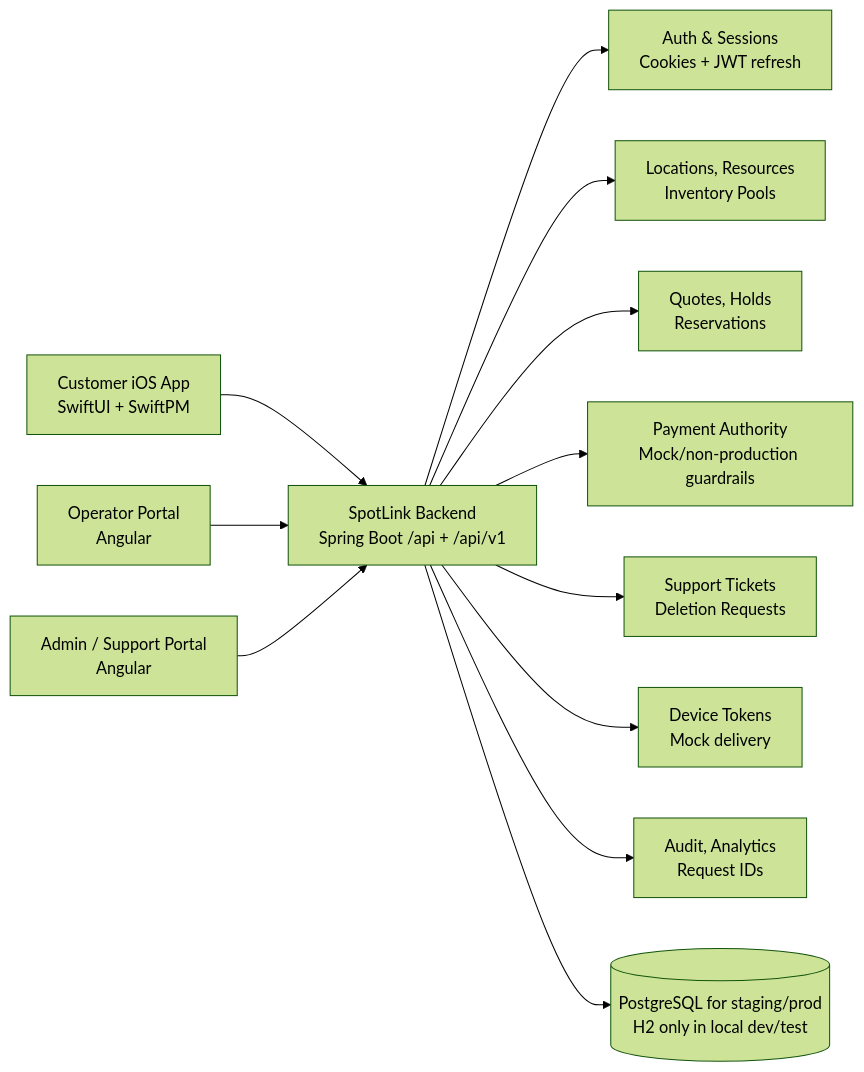
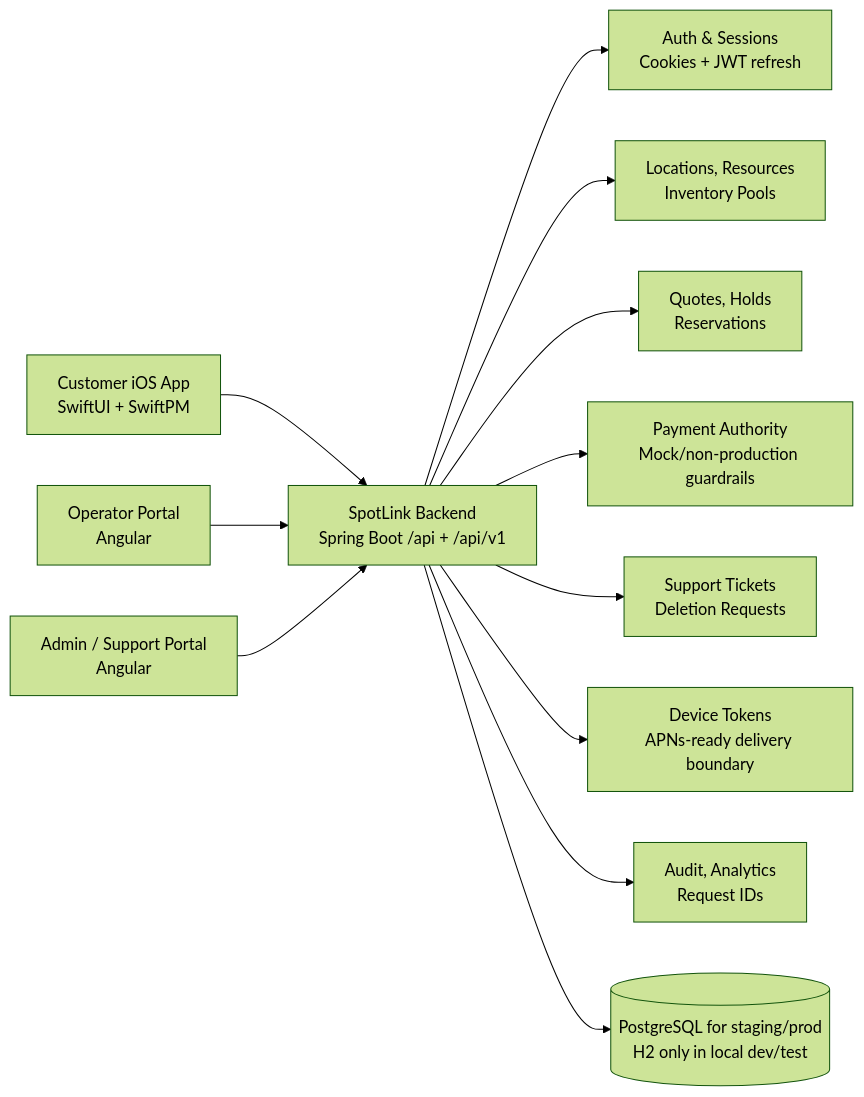
One commit to kljajic-luka/SpotLink changed the diagram in README.md. Above: the diagram before and after it, drawn with Mermaid (forest theme). The commit also changed other lines of this file and 34 other files, not shown here.

Commit message:
feat: add APNs delivery readiness scaffold

````diff
--- a/README.md
+++ b/README.md
@@ -48,15 +48,15 @@
 ```mermaid
 flowchart LR
     Customer["Customer iOS App<br/>SwiftUI + SwiftPM"] --> API["SpotLink Backend<br/>Spring Boot /api + /api/v1"]
     Operator["Operator Portal<br/>Angular"] --> API
     Admin["Admin / Support Portal<br/>Angular"] --> API
 
     API --> Auth["Auth & Sessions<br/>Cookies + JWT refresh"]
     API --> Inventory["Locations, Resources<br/>Inventory Pools"]
     API --> Reservations["Quotes, Holds<br/>Reservations"]
     API --> Payments["Payment Authority<br/>Mock/non-production guardrails"]
     API --> Support["Support Tickets<br/>Deletion Requests"]
-    API --> Notifications["Device Tokens<br/>Mock delivery"]
+    API --> Notifications["Device Tokens<br/>APNs-ready delivery boundary"]
     API --> Audit["Audit, Analytics<br/>Request IDs"]
     API --> DB[("PostgreSQL for staging/prod<br/>H2 only in local dev/test")]
 ```
````
